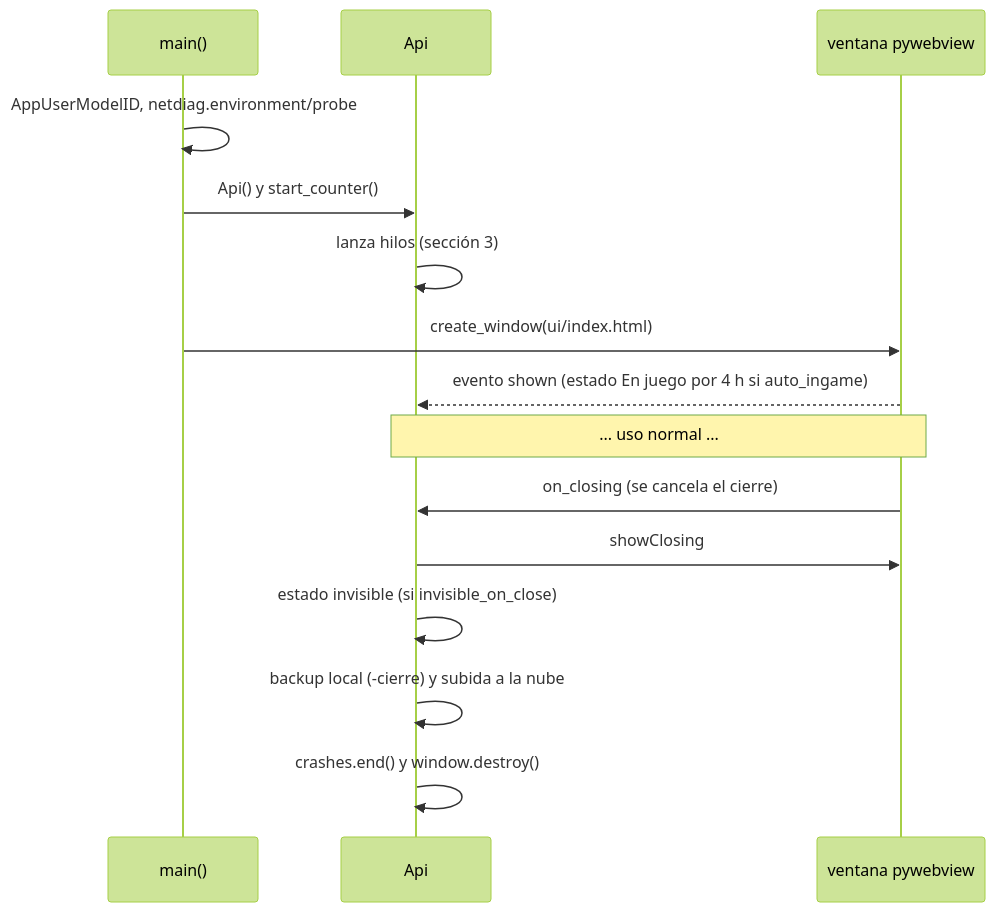
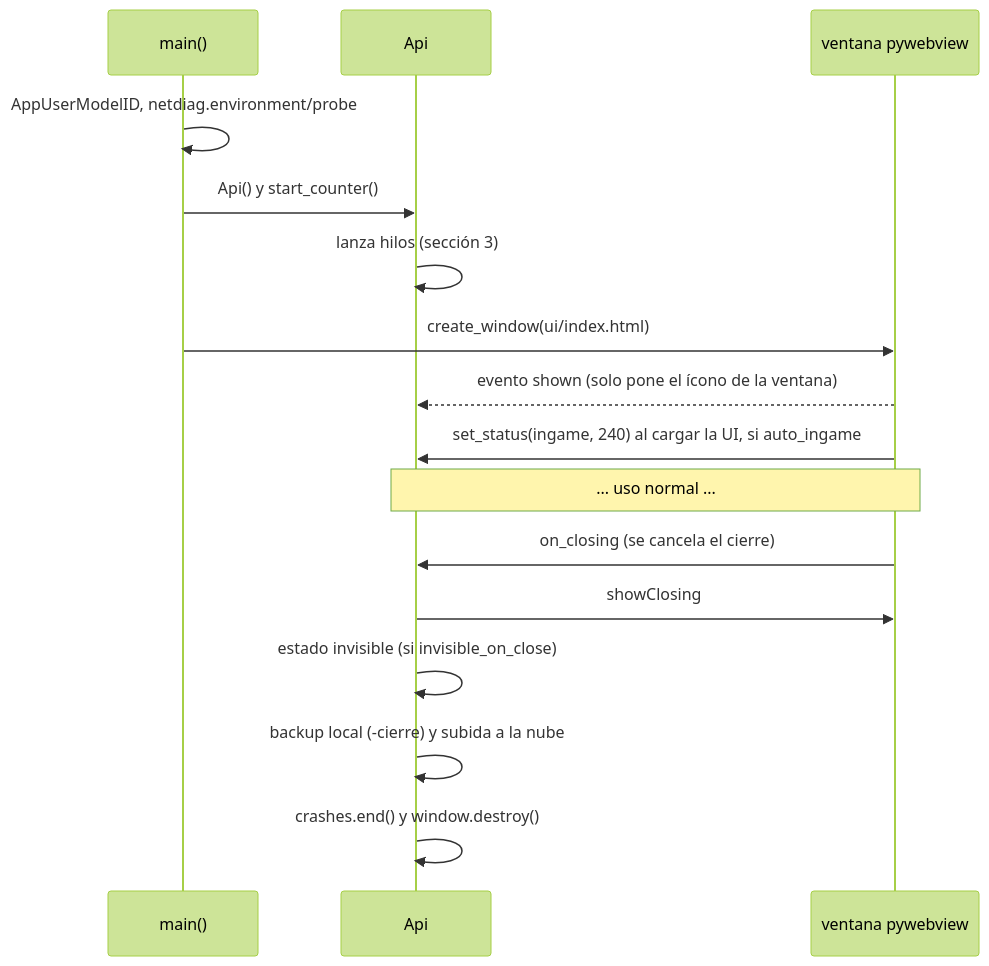
The second of 8 diagrams in docs/ARQUITECTURA.md (Franh01/riven-stock), drawn with Mermaid (forest theme) before and after one commit. The commit also changed other lines of this file, not shown here.

Commit message:
Docs: corregir ubicacion de hilos y quien pone el estado En juego al arrancar

````diff
--- a/docs/ARQUITECTURA.md
+++ b/docs/ARQUITECTURA.md
@@ -45,17 +45,18 @@
 ```mermaid
 sequenceDiagram
     participant M as main()
     participant A as Api
     participant W as ventana pywebview
     M->>M: AppUserModelID, netdiag.environment/probe
     M->>A: Api() y start_counter()
     A->>A: lanza hilos (sección 3)
     M->>W: create_window(ui/index.html)
-    W-->>A: evento shown (estado En juego por 4 h si auto_ingame)
+    W-->>A: evento shown (solo pone el ícono de la ventana)
+    W->>A: set_status(ingame, 240) al cargar la UI, si auto_ingame
     Note over W,A: ... uso normal ...
     W->>A: on_closing (se cancela el cierre)
     A->>W: showClosing
     A->>A: estado invisible (si invisible_on_close)
     A->>A: backup local (-cierre) y subida a la nube
     A->>A: crashes.end() y window.destroy()
 ```
````
